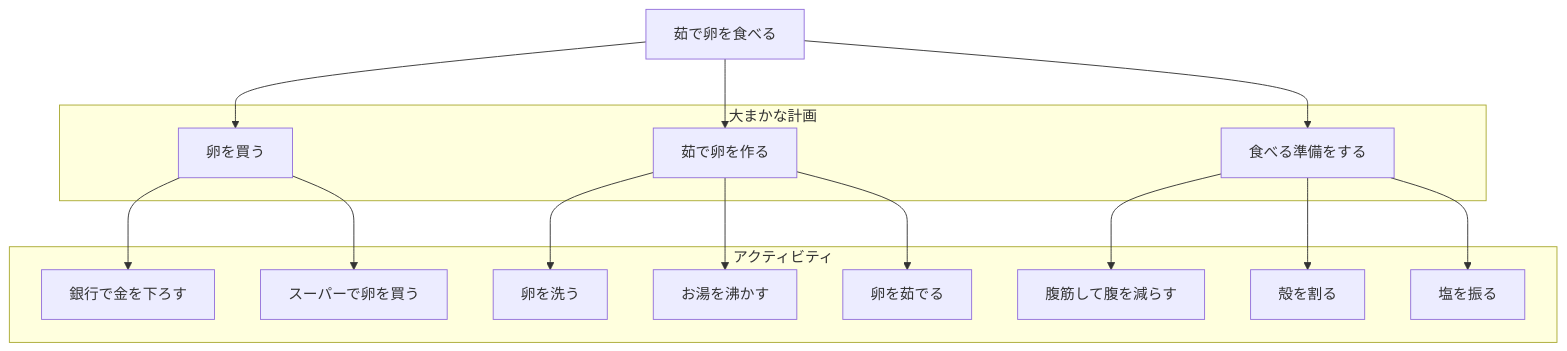
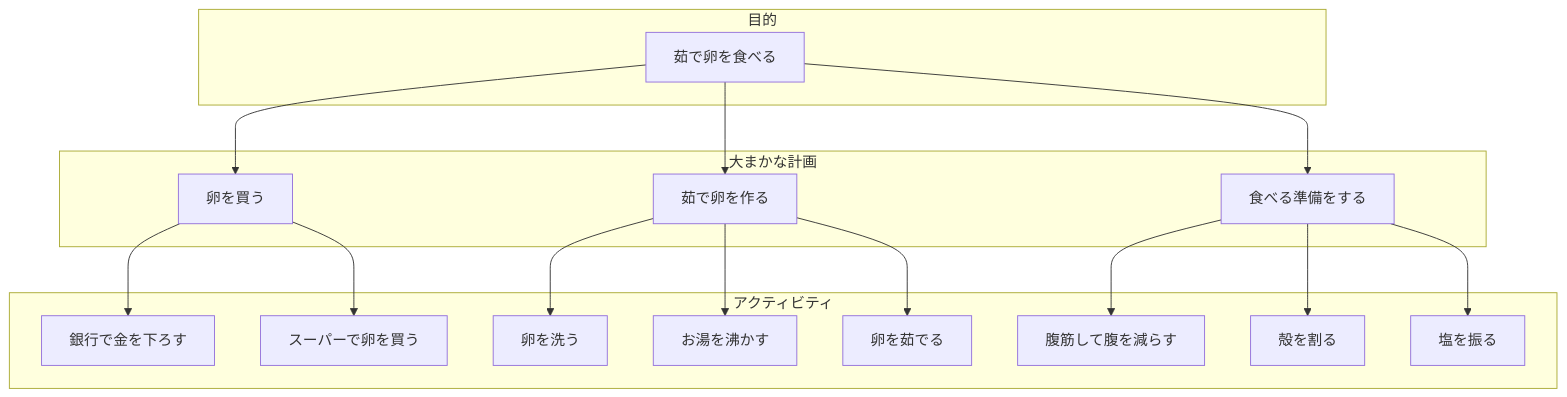
Before and after one commit to a-tamura22/test: the diagram in eat_boild_eggs.md, drawn with Mermaid.

Commit message:
修正

````diff
--- a/eat_boild_eggs.md
+++ b/eat_boild_eggs.md
@@ -1,22 +1,24 @@
 ```mermaid
 flowchart TB
+    subgraph 目的
     first[茹で卵を食べる]
+    end
     subgraph 大まかな計画
     second1[卵を買う]
     second2[茹で卵を作る]
     second3[食べる準備をする]
     end
     first-->second1
     first-->second2
     first-->second3
     subgraph アクティビティ
     second1-->third1[銀行で金を下ろす]
     second1-->third2[スーパーで卵を買う]
     second2-->third3[卵を洗う]
     second2-->third4[お湯を沸かす]
     second2-->third5[卵を茹でる]
     second3-->third6[腹筋して腹を減らす]
     second3-->third7[殻を割る]
     second3-->third8[塩を振る]
     end
 ```
````
